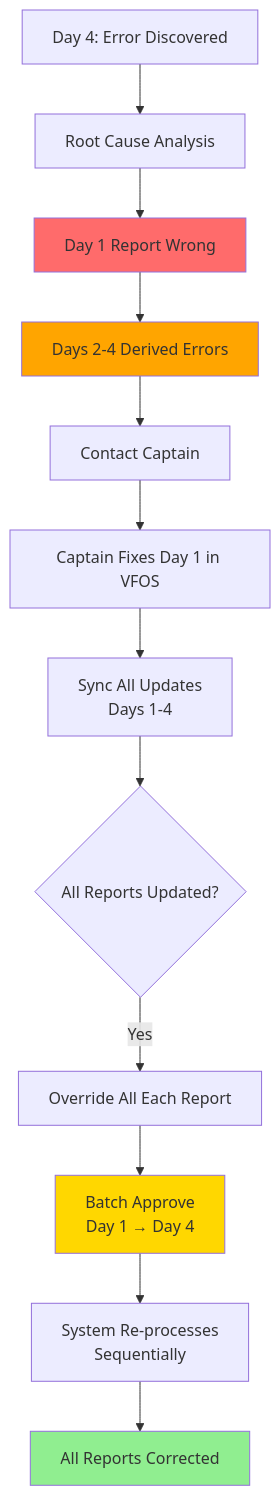
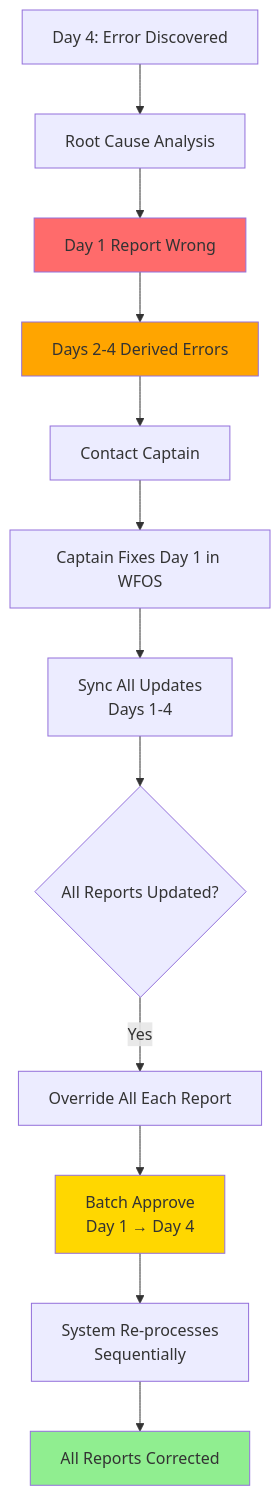
One commit to NguyenPhamCode4You/ai-home-lab-docker-compose changed diagram 18 of 22 in transcribe/VesselReport_Final_Documentation.md. Above: the diagram before and after it, drawn with Mermaid. The commit also changed other lines of this file, not shown here.

````diff
--- a/transcribe/VesselReport_Final_Documentation.md
+++ b/transcribe/VesselReport_Final_Documentation.md
@@ -876,23 +877,23 @@
 ```mermaid
 flowchart TD
     A[Day 4: Error Discovered] --> B[Root Cause Analysis]
     B --> C[Day 1 Report Wrong]
 
     C --> D[Days 2-4 Derived Errors]
     D --> E[Contact Captain]
-    E --> F[Captain Fixes Day 1 in VFOS]
+    E --> F[Captain Fixes Day 1 in WFOS]
 
     F --> G[Sync All Updates<br/>Days 1-4]
     G --> H{All Reports Updated?}
 
     H -->|Yes| I[Override All Each Report]
     I --> J[Batch Approve<br/>Day 1 → Day 4]
 
     J --> K[System Re-processes<br/>Sequentially]
     K --> L[All Reports Corrected]
 
     style C fill:#FF6B6B
     style D fill:#FFA500
     style J fill:#FFD700
     style L fill:#90EE90
 ```
````
